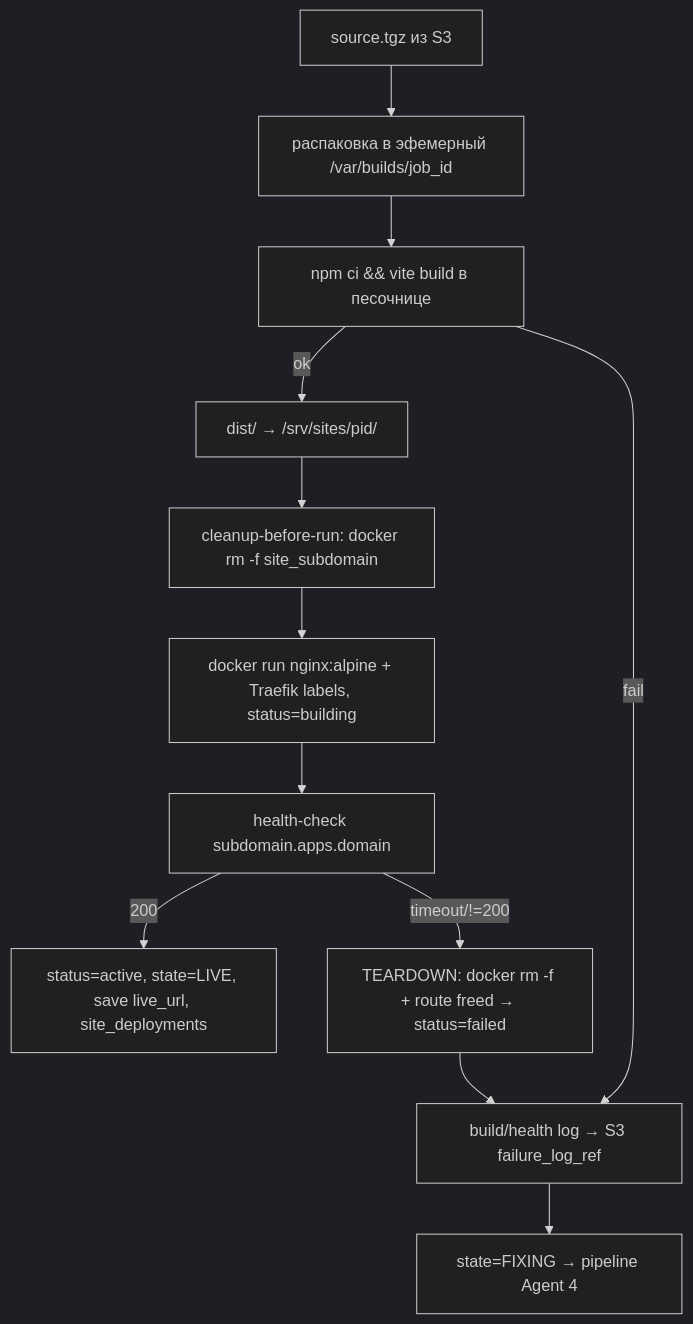
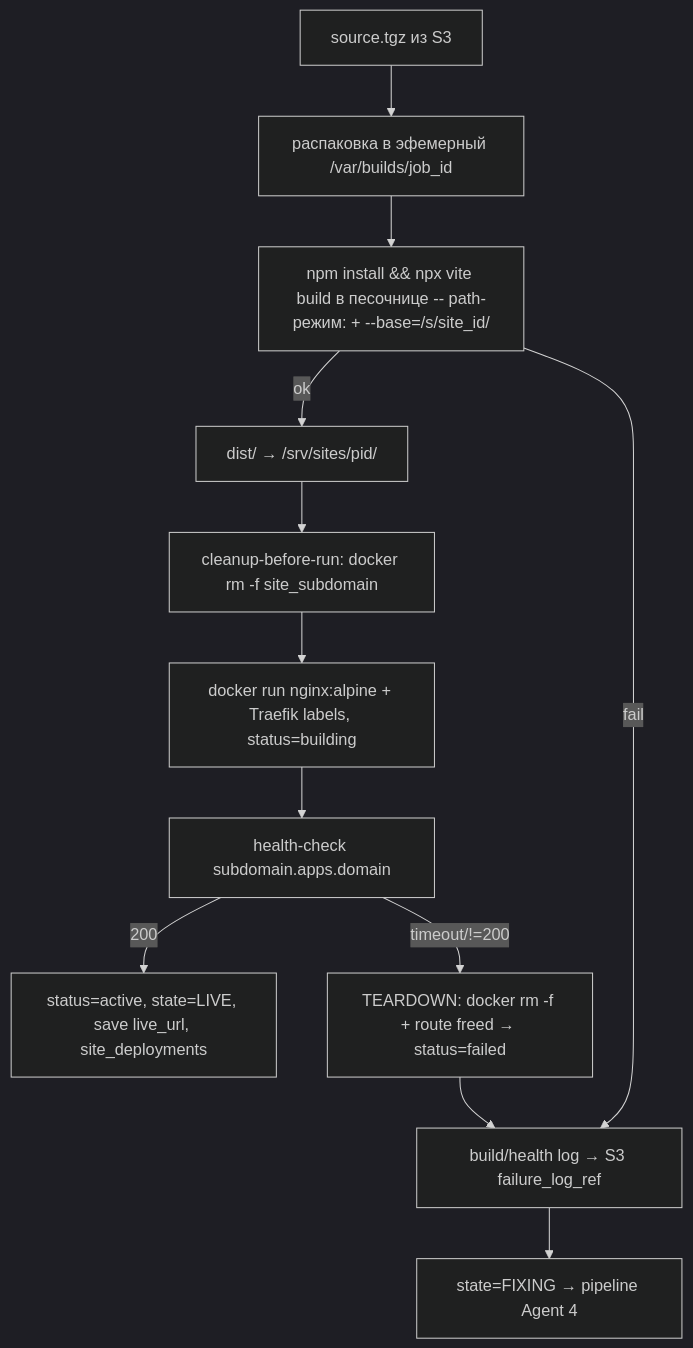
One commit to eliseiv/lovable-ai changed the first of 2 diagrams in docs/modules/deploy/03-architecture.md. Above: the diagram before and after it, drawn with Mermaid (dark theme). The commit also changed other lines of this file and 16 other files, not shown here.

First line of the commit message:
fix(build): npx vite build + inject --base into vite token (ADR-017 §Fix)

````diff
--- a/docs/modules/deploy/03-architecture.md
+++ b/docs/modules/deploy/03-architecture.md
@@ -5,14 +5,14 @@
 ```mermaid
 flowchart TB
     A[source.tgz из S3] --> B[распаковка в эфемерный /var/builds/job_id]
-    B --> C[npm ci && vite build в песочнице]
+    B --> C[npm install && npx vite build в песочнице -- path-режим: + --base=/s/site_id/]
     C -->|ok| D[dist/ → /srv/sites/pid/]
     C -->|fail| F[build/health log → S3 failure_log_ref]
     D --> CB[cleanup-before-run: docker rm -f site_subdomain]
     CB --> E[docker run nginx:alpine + Traefik labels, status=building]
     E --> H[health-check subdomain.apps.domain]
     H -->|200| LIVE[status=active, state=LIVE, save live_url, site_deployments]
     H -->|timeout/!=200| TD[TEARDOWN: docker rm -f + route freed → status=failed]
     TD --> F
     F --> FIX[state=FIXING → pipeline Agent 4]
 ```
````
